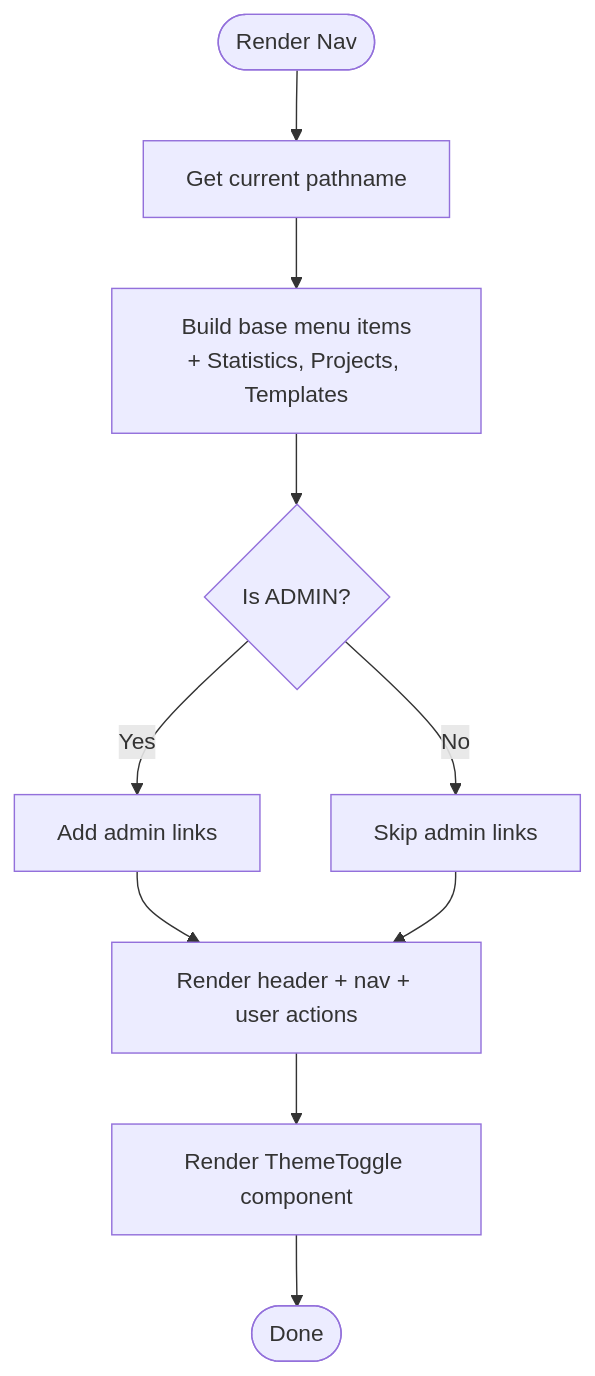
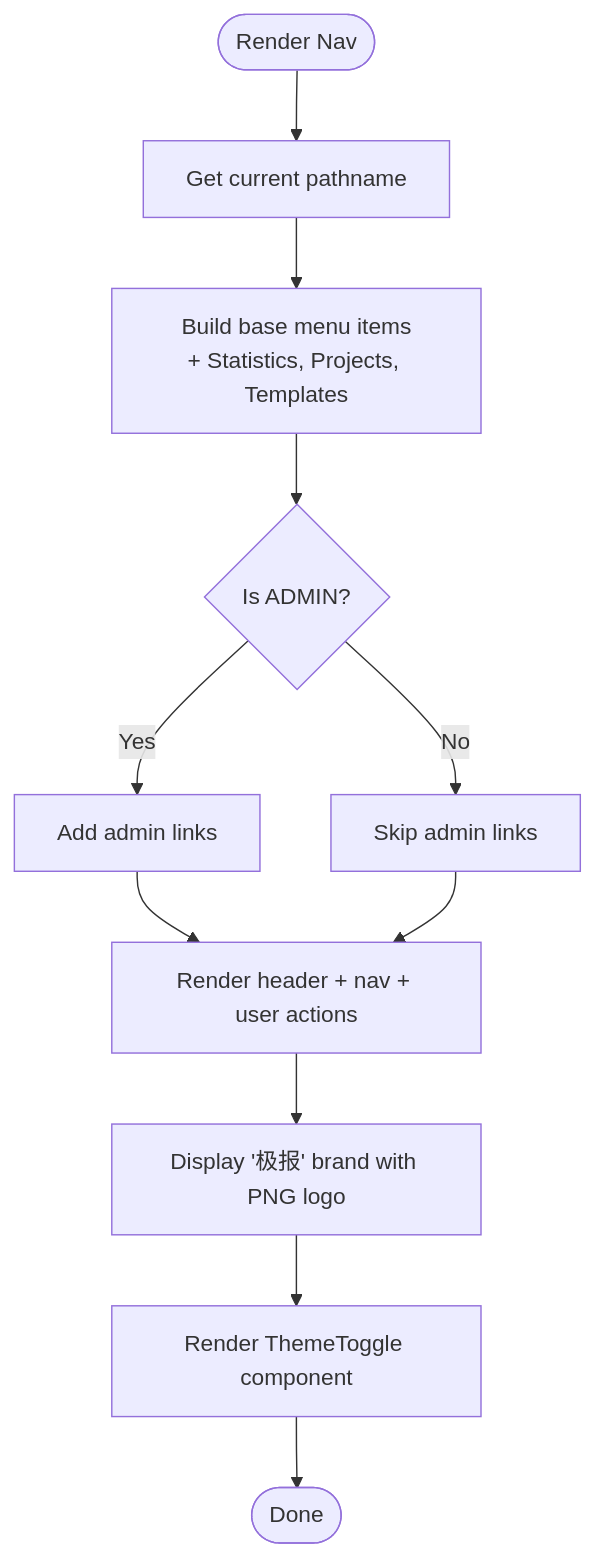
One commit to jrj444/git-daily changed the third of 14 diagrams in .qoder/repowiki/en/content/Frontend Components/Frontend Components.md. Above: the diagram before and after it, drawn with Mermaid. The commit also changed other lines of this file and 13 other files, not shown here.

````diff
--- a/.qoder/repowiki/en/content/Frontend Components/Frontend Components.md
+++ b/.qoder/repowiki/en/content/Frontend Components/Frontend Components.md
@@ -282,12 +297,13 @@
 ```mermaid
 flowchart TD
 Start(["Render Nav"]) --> GetPath["Get current pathname"]
 GetPath --> BuildItems["Build base menu items<br/>+ Statistics, Projects, Templates"]
 BuildItems --> CheckRole{"Is ADMIN?"}
 CheckRole --> |Yes| AddAdmin["Add admin links"]
 CheckRole --> |No| SkipAdmin["Skip admin links"]
 AddAdmin --> RenderNav["Render header + nav + user actions"]
 SkipAdmin --> RenderNav
-RenderNav --> ThemeToggle["Render ThemeToggle component"]
+RenderNav --> Branding["Display '极报' brand with PNG logo"]
+Branding --> ThemeToggle["Render ThemeToggle component"]
 ThemeToggle --> End(["Done"])
 ```
````
